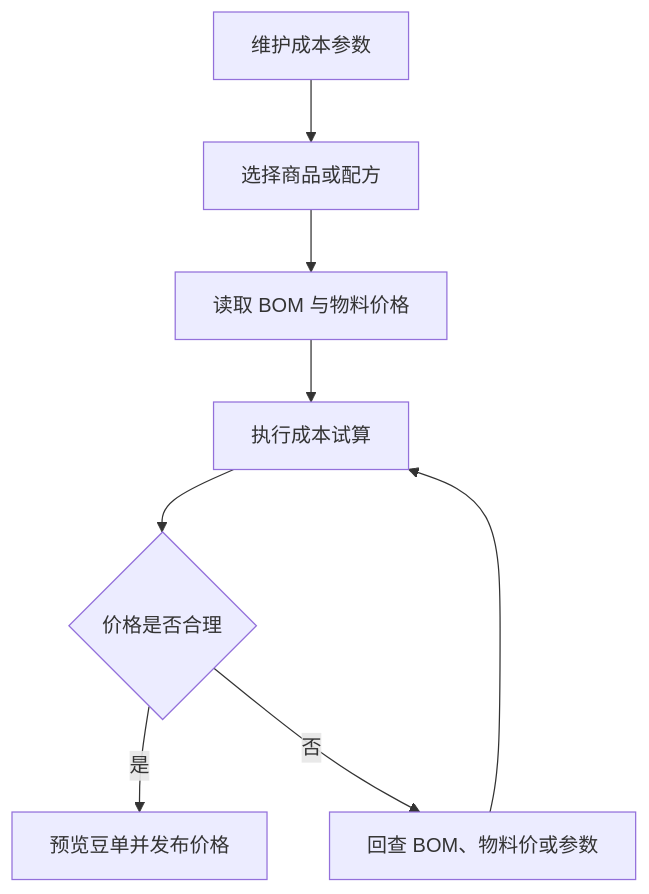
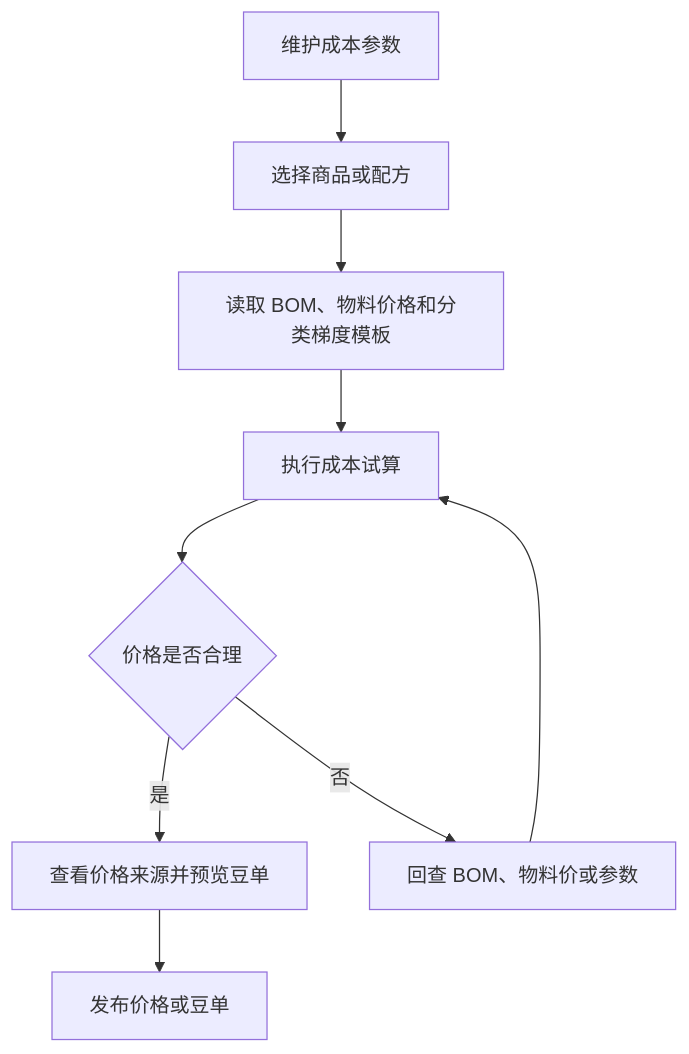
One commit to Backstage2539/KFerp changed the diagram in orderapp-remote/docs/OP_MANUAL_COSTING.md. Above: the diagram before and after it, drawn with Mermaid. The commit also changed other lines of this file and 30 other files, not shown here.

````diff
--- a/orderapp-remote/docs/OP_MANUAL_COSTING.md
+++ b/orderapp-remote/docs/OP_MANUAL_COSTING.md
@@ -11,10 +11,11 @@
 ```mermaid
 flowchart TD
   A["维护成本参数"] --> B["选择商品或配方"]
-  B --> C["读取 BOM 与物料价格"]
+  B --> C["读取 BOM、物料价格和分类梯度模板"]
   C --> D["执行成本试算"]
   D --> E{"价格是否合理"}
-  E -->|是| F["预览豆单并发布价格"]
+  E -->|是| F["查看价格来源并预览豆单"]
+  F --> H["发布价格或豆单"]
   E -->|否| G["回查 BOM、物料价或参数"]
   G --> D
 ```
````
